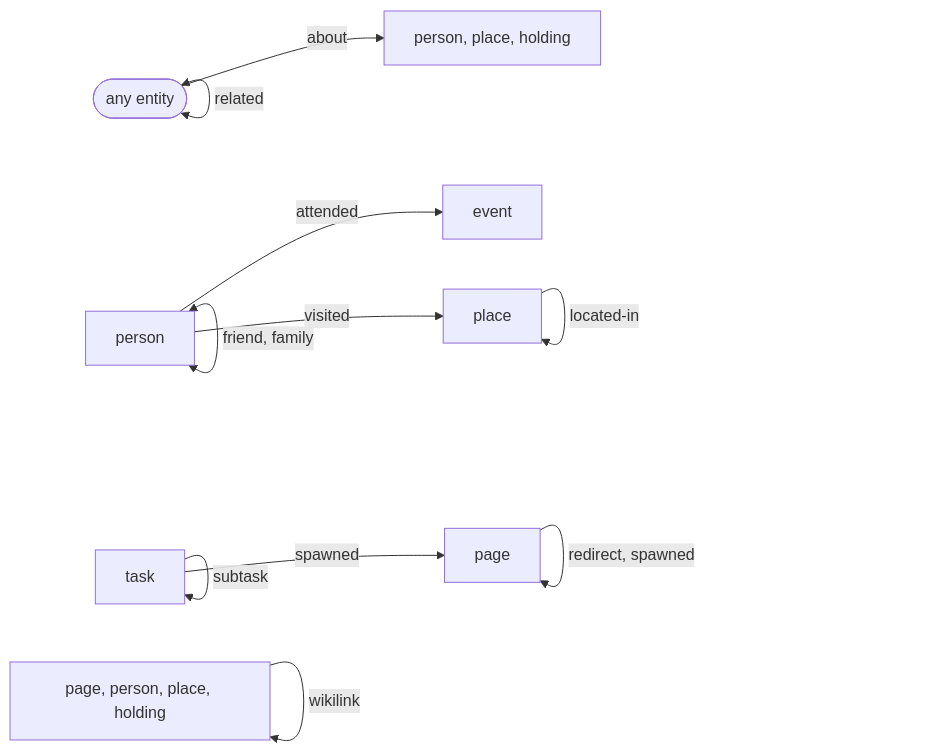
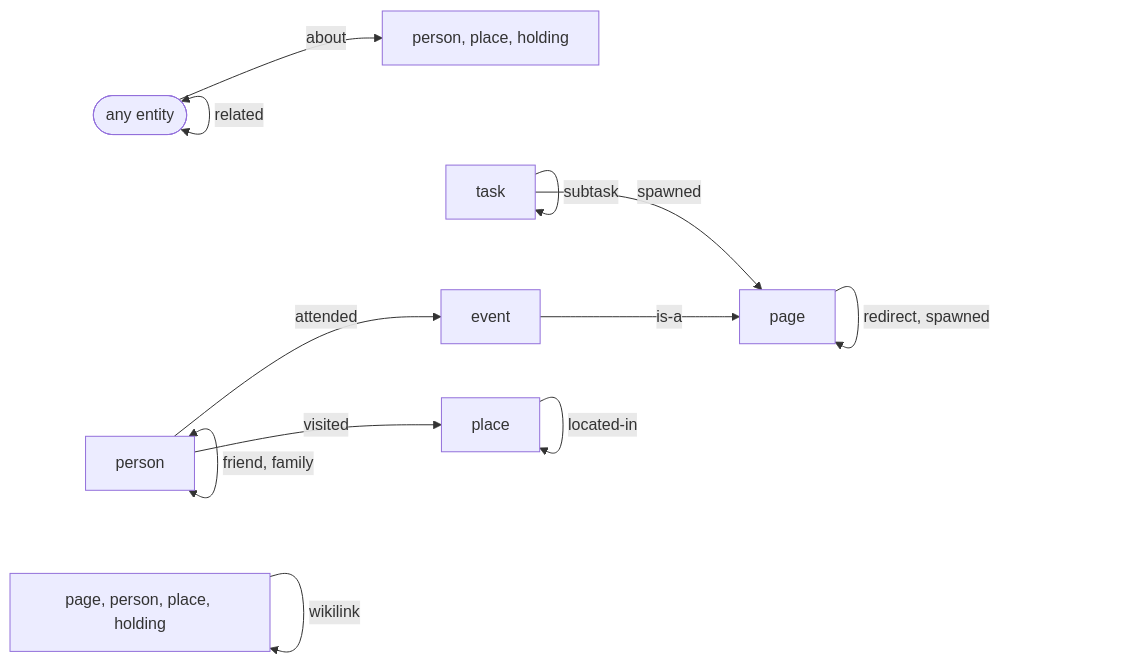
One commit to alexradunet/lifelogdb changed the sixth of 9 diagrams in SCHEMA.md. Above: the diagram before and after it, drawn with Mermaid. The commit also changed other lines of this file and 8 other files, not shown here.

First line of the commit message:
SCHEMA.md D21, D22: location history in positions; an event's kind is an is-a link

````diff
--- a/SCHEMA.md
+++ b/SCHEMA.md
@@ -1127,24 +1173,25 @@
 ```mermaid
 %% diagram: link-map
 flowchart LR
     any(["any entity"])
     person["person"]
     event["event"]
     place["place"]
     task["task"]
     page["page"]
     named["person, place, holding"]
     titled["page, person, place, holding"]
 
     any -->|"about"| named
     any <-->|"related"| any
     person -->|"attended"| event
+    event -->|"is-a"| page
     person -->|"visited"| place
     person -->|"parent-of"| person
     person <-->|"friend, family"| person
     place -->|"located-in"| place
     task -->|"subtask"| task
     task -->|"spawned"| page
     page -->|"redirect, spawned"| page
     titled -->|"wikilink"| titled
 ```
````
